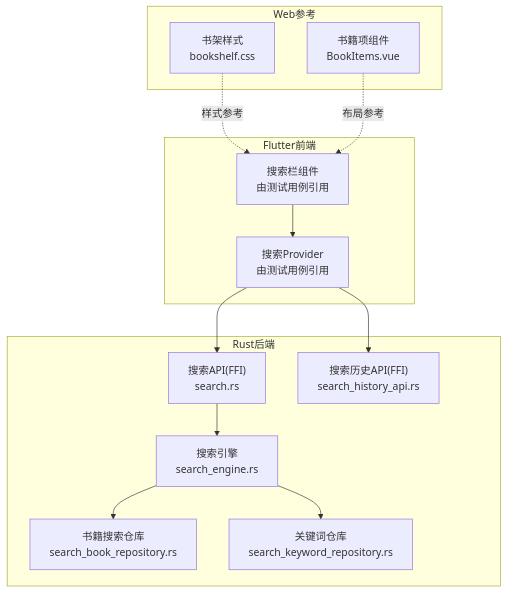
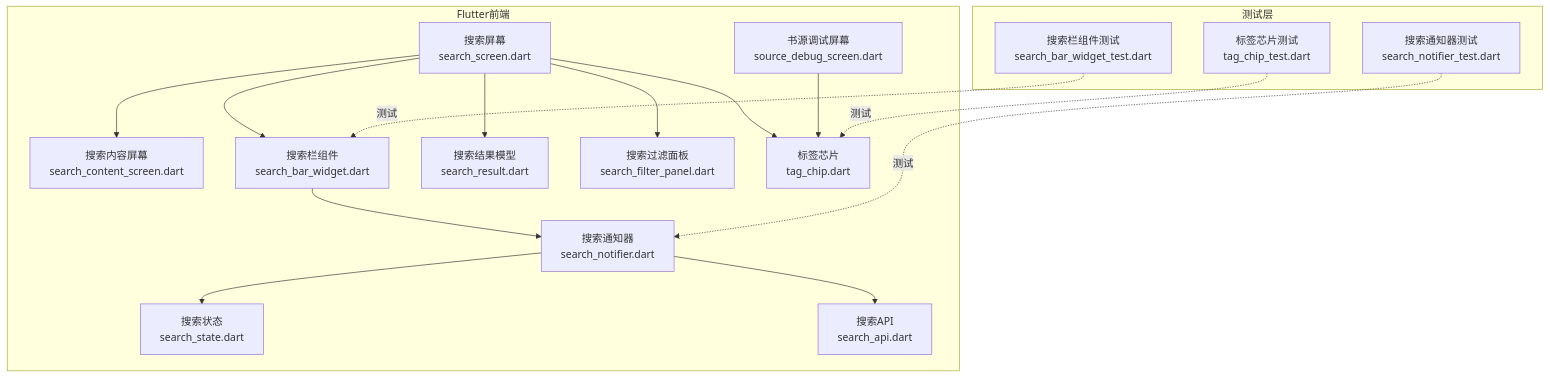
The first of 7 diagrams in .qoder/repowiki/zh/content/搜索功能/搜索界面组件/搜索界面组件.md (ZhangGHGitHub/LegadoTeamFlutter), drawn with Mermaid before and after one commit. The commit also changed other lines of this file and 173 other files, not shown here.

````diff
--- a/.qoder/repowiki/zh/content/搜索功能/搜索界面组件/搜索界面组件.md
+++ b/.qoder/repowiki/zh/content/搜索功能/搜索界面组件/搜索界面组件.md
@@ -37,26 +47,32 @@
 ```mermaid
 graph TB
 subgraph "Flutter前端"
-FSB["搜索栏组件<br/>由测试用例引用"]
-FProv["搜索Provider<br/>由测试用例引用"]
+SS["搜索屏幕<br/>search_screen.dart"]
+SDS["书源调试屏幕<br/>source_debug_screen.dart"]
+SCS["搜索内容屏幕<br/>search_content_screen.dart"]
+SBW["搜索栏组件<br/>search_bar_widget.dart"]
+SN["搜索通知器<br/>search_notifier.dart"]
+SSState["搜索状态<br/>search_state.dart"]
+SR["搜索结果模型<br/>search_result.dart"]
+SA["搜索API<br/>search_api.dart"]
+SFP["搜索过滤面板<br/>search_filter_panel.dart"]
+TC["标签芯片<br/>tag_chip.dart"]
 end
-subgraph "Rust后端"
-RSearch["搜索API(FFI)<br/>search.rs"]
-RHistory["搜索历史API(FFI)<br/>search_history_api.rs"]
-RCore["搜索引擎<br/>search_engine.rs"]
-RDBBook["书籍搜索仓库<br/>search_book_repository.rs"]
-RDBKey["关键词仓库<br/>search_keyword_repository.rs"]
+subgraph "测试层"
+SBWT["搜索栏组件测试<br/>search_bar_widget_test.dart"]
+SNT["搜索通知器测试<br/>search_notifier_test.dart"]
+TCT["标签芯片测试<br/>tag_chip_test.dart"]
 end
-subgraph "Web参考"
-WCSS["书架样式<br/>bookshelf.css"]
-WComp["书籍项组件<br/>BookItems.vue"]
-end
-FSB --> FProv
-FProv --> RSearch
-FProv --> RHistory
-RSearch --> RCore
-RCore --> RDBBook
-RCore --> RDBKey
-WCSS -. 样式参考 .-> FSB
-WComp -. 布局参考 .-> FSB
+SS --> SCS
+SS --> SBW
+SS --> SFP
+SS --> TC
+SDS --> TC
+SBW --> SN
+SN --> SSState
+SN --> SA
+SS --> SR
+SBWT -. 测试 .-> SBW
+SNT -. 测试 .-> SN
+TCT -. 测试 .-> TC
 ```
````
